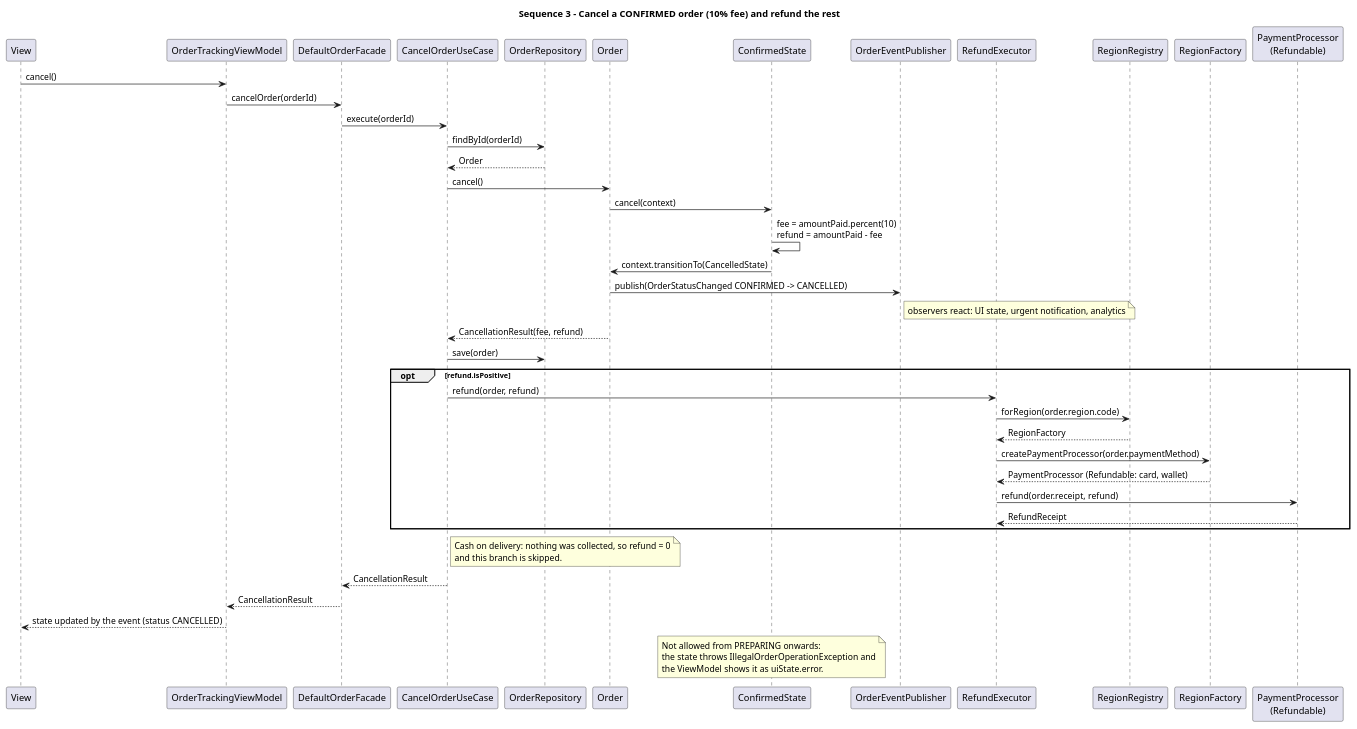
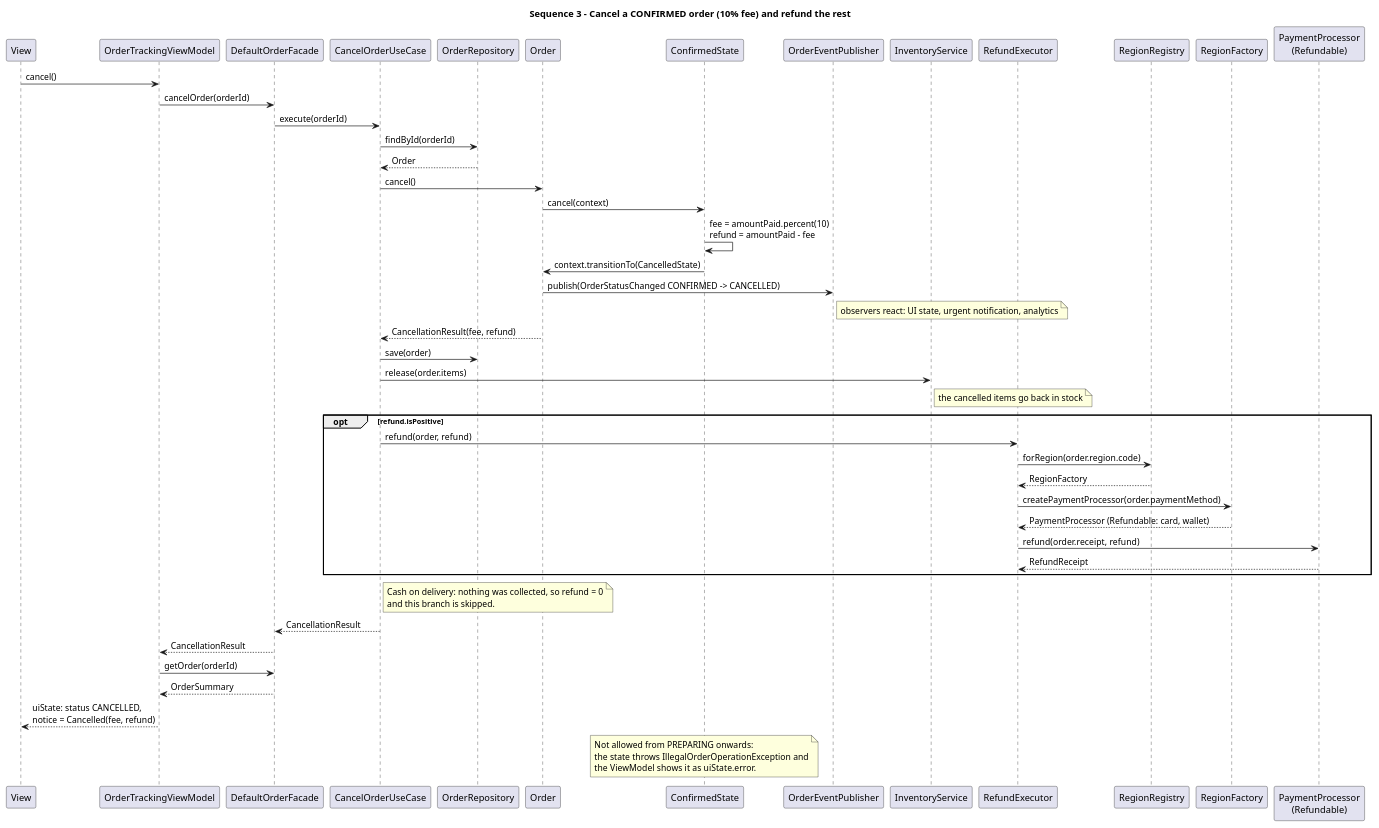
The diagram in docs/uml/14-sequence-cancel-with-fee.puml (HungDangQuang/android-food-hub), drawn with PlantUML before and after one commit. The commit also changed 27 other files, not shown here.

First line of the commit message:
docs: update design rationale, README and UML to match the code

```diff
--- a/docs/uml/14-sequence-cancel-with-fee.puml
+++ b/docs/uml/14-sequence-cancel-with-fee.puml
@@ -1,55 +1,60 @@
 @startuml 14-sequence-cancel-with-fee
 title Sequence 3 - Cancel a CONFIRMED order (10% fee) and refund the rest
 skinparam shadowing false
 skinparam sequenceMessageAlign left
 
 participant "View" as View
 participant "OrderTrackingViewModel" as VM
 participant "DefaultOrderFacade" as Facade
 participant "CancelOrderUseCase" as UseCase
 participant "OrderRepository" as Repo
 participant "Order" as Order
 participant "ConfirmedState" as State
 participant "OrderEventPublisher" as Publisher
+participant "InventoryService" as Inventory
 participant "RefundExecutor" as Refunds
 participant "RegionRegistry" as Registry
 participant "RegionFactory" as Factory
 participant "PaymentProcessor\n(Refundable)" as Processor
 
 View -> VM : cancel()
 VM -> Facade : cancelOrder(orderId)
 Facade -> UseCase : execute(orderId)
 UseCase -> Repo : findById(orderId)
 Repo --> UseCase : Order
 UseCase -> Order : cancel()
 Order -> State : cancel(context)
 State -> State : fee = amountPaid.percent(10)\nrefund = amountPaid - fee
 State -> Order : context.transitionTo(CancelledState)
 Order -> Publisher : publish(OrderStatusChanged CONFIRMED -> CANCELLED)
 note right of Publisher : observers react: UI state, urgent notification, analytics
 Order --> UseCase : CancellationResult(fee, refund)
 UseCase -> Repo : save(order)
+UseCase -> Inventory : release(order.items)
+note right of Inventory : the cancelled items go back in stock
 
 opt refund.isPositive
   UseCase -> Refunds : refund(order, refund)
   Refunds -> Registry : forRegion(order.region.code)
   Registry --> Refunds : RegionFactory
   Refunds -> Factory : createPaymentProcessor(order.paymentMethod)
   Factory --> Refunds : PaymentProcessor (Refundable: card, wallet)
   Refunds -> Processor : refund(order.receipt, refund)
   Processor --> Refunds : RefundReceipt
 end
 note right of UseCase
   Cash on delivery: nothing was collected, so refund = 0
   and this branch is skipped.
 end note
 
 UseCase --> Facade : CancellationResult
 Facade --> VM : CancellationResult
-VM --> View : state updated by the event (status CANCELLED)
+VM -> Facade : getOrder(orderId)
+Facade --> VM : OrderSummary
+VM --> View : uiState: status CANCELLED,\nnotice = Cancelled(fee, refund)
 note over State
   Not allowed from PREPARING onwards:
   the state throws IllegalOrderOperationException and
   the ViewModel shows it as uiState.error.
 end note
 @enduml
```
